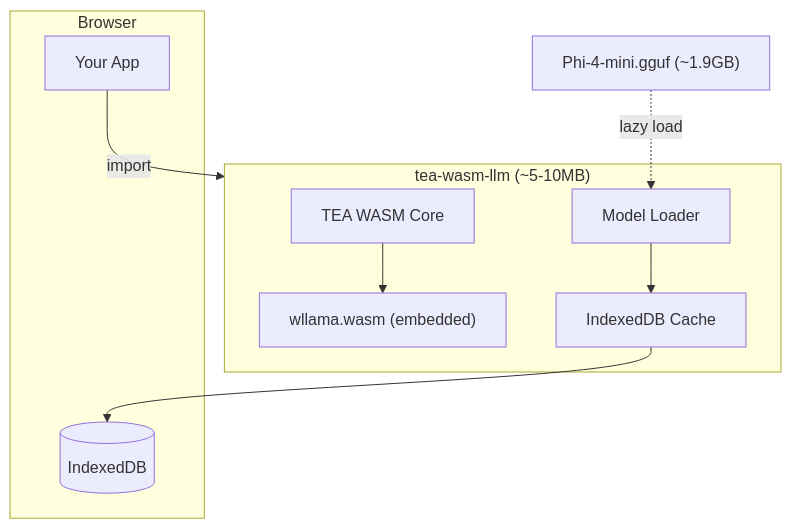
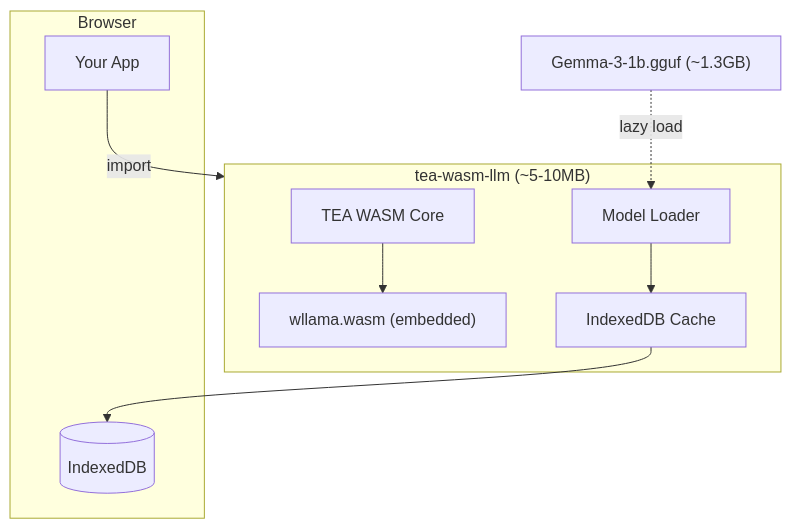
The second of 2 diagrams in docs/articles/wasm-llm-browser-inference.md (fabceolin/the_edge_agent), drawn with Mermaid before and after one commit. The commit also changed other lines of this file and 16 other files, not shown here.

````diff
--- a/docs/articles/wasm-llm-browser-inference.md
+++ b/docs/articles/wasm-llm-browser-inference.md
@@ -63,22 +59,22 @@
 ```{mermaid}
 flowchart TB
     subgraph Package["tea-wasm-llm (~5-10MB)"]
         WASM["TEA WASM Core"]
         WLLAMA["wllama.wasm (embedded)"]
         LOADER["Model Loader"]
         CACHE["IndexedDB Cache"]
     end
 
     subgraph Browser["Browser"]
         APP["Your App"]
         IDB[(IndexedDB)]
     end
 
-    MODEL["Phi-4-mini.gguf (~1.9GB)"]
+    MODEL["Gemma-3-1b.gguf (~1.3GB)"]
 
     APP -->|"import"| Package
     WASM --> WLLAMA
     LOADER --> CACHE
     CACHE --> IDB
     MODEL -.->|"lazy load"| LOADER
 ```
````
